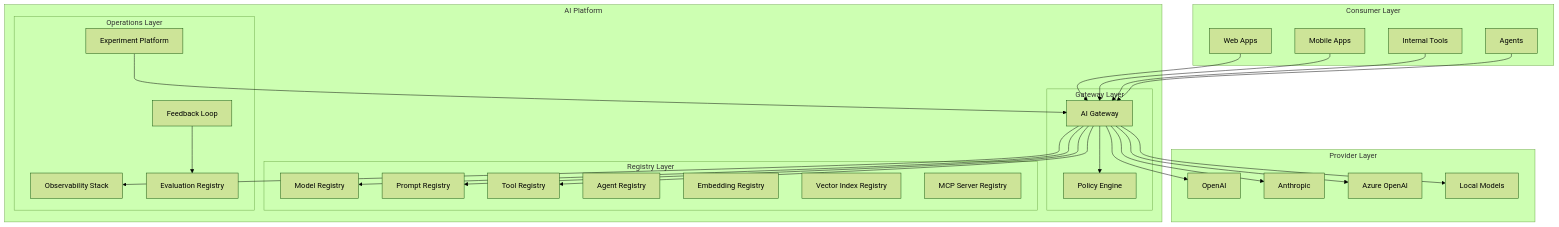
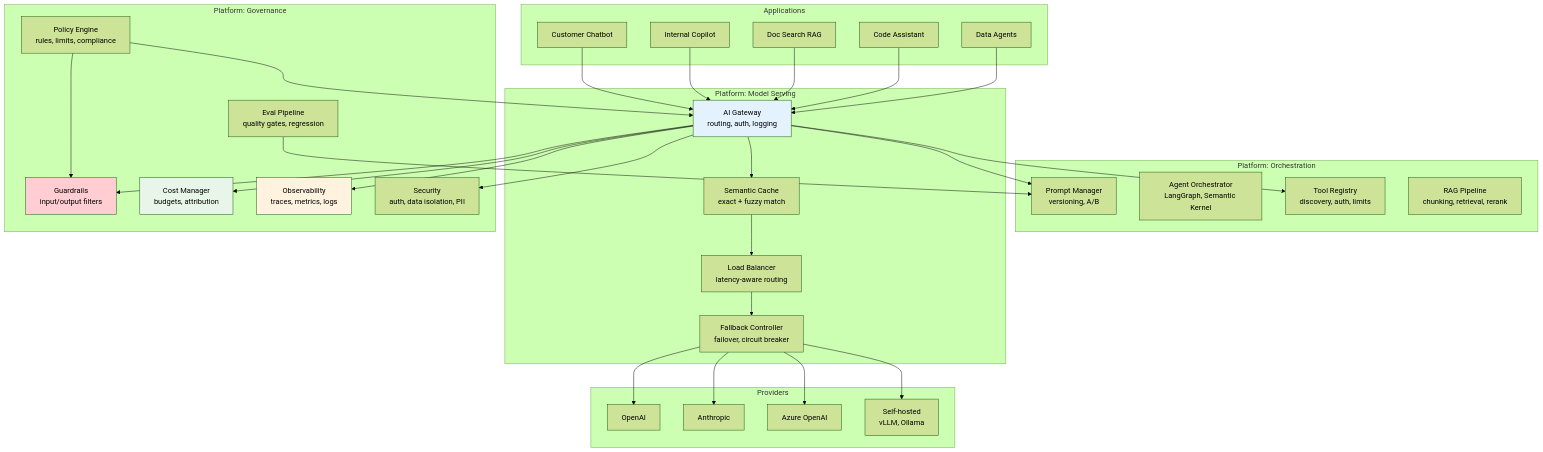
The diagram in AI-Learning-Claude/10-enterprise-platform/01-enterprise-ai-platform-overview.md (harsh786/System-Design), drawn with Mermaid (forest theme) before and after one commit. The commit also changed other lines of this file and 119 other files, not shown here.

````diff
--- a/AI-Learning-Claude/10-enterprise-platform/01-enterprise-ai-platform-overview.md
+++ b/AI-Learning-Claude/10-enterprise-platform/01-enterprise-ai-platform-overview.md
@@ -81,48 +88,54 @@
 ```mermaid
 graph TB
-    subgraph "Consumer Layer"
-        A[Web Apps] 
-        B[Mobile Apps]
-        C[Internal Tools]
-        D[Agents]
+    subgraph "Applications"
+        APP1[Customer Chatbot]
+        APP2[Internal Copilot]
+        APP3[Doc Search RAG]
+        APP4[Code Assistant]
+        APP5[Data Agents]
     end
 
-    subgraph "AI Platform"
-        subgraph "Gateway Layer"
-            GW[AI Gateway]
-            PE[Policy Engine]
-        end
-
-        subgraph "Registry Layer"
-            MR[Model Registry]
-            PR[Prompt Registry]
-            TR[Tool Registry]
-            AR[Agent Registry]
-            ER[Embedding Registry]
-            VR[Vector Index Registry]
-            MCR[MCP Server Registry]
-        end
-
-        subgraph "Operations Layer"
-            OBS[Observability Stack]
-            EVAL[Evaluation Registry]
-            EXP[Experiment Platform]
-            FB[Feedback Loop]
-        end
+    subgraph "Platform: Orchestration"
+        PM[Prompt Manager<br/>versioning, A/B]
+        ORCH[Agent Orchestrator<br/>LangGraph, Semantic Kernel]
+        TOOL[Tool Registry<br/>discovery, auth, limits]
+        RAG[RAG Pipeline<br/>chunking, retrieval, rerank]
     end
 
-    subgraph "Provider Layer"
-        O[OpenAI]
-        AN[Anthropic]
-        AZ[Azure OpenAI]
-        LO[Local Models]
+    subgraph "Platform: Model Serving"
+        GW[AI Gateway<br/>routing, auth, logging]
+        CACHE[Semantic Cache<br/>exact + fuzzy match]
+        LB[Load Balancer<br/>latency-aware routing]
+        FB[Fallback Controller<br/>failover, circuit breaker]
     end
 
-    A & B & C & D --> GW
-    GW --> PE
-    GW --> MR & PR & TR
-    GW --> O & AN & AZ & LO
-    GW --> OBS
-    FB --> EVAL
-    EXP --> GW
+    subgraph "Platform: Governance"
+        GUARD[Guardrails<br/>input/output filters]
+        COST[Cost Manager<br/>budgets, attribution]
+        OBS[Observability<br/>traces, metrics, logs]
+        SEC[Security<br/>auth, data isolation, PII]
+        EVAL[Eval Pipeline<br/>quality gates, regression]
+        POLICY[Policy Engine<br/>rules, limits, compliance]
+    end
+
+    subgraph "Providers"
+        OAI[OpenAI]
+        ANT[Anthropic]
+        AZ[Azure OpenAI]
+        LOCAL[Self-hosted<br/>vLLM, Ollama]
+    end
+
+    APP1 & APP2 & APP3 & APP4 & APP5 --> GW
+    GW --> PM & TOOL
+    GW --> CACHE --> LB --> FB
+    FB --> OAI & ANT & AZ & LOCAL
+    GW --> GUARD
+    GW --> OBS & COST & SEC
+    EVAL --> PM
+    POLICY --> GW & GUARD
+
+    style GW fill:#e3f2fd
+    style GUARD fill:#ffcdd2
+    style OBS fill:#fff3e0
+    style COST fill:#e8f5e9
 ```
````
